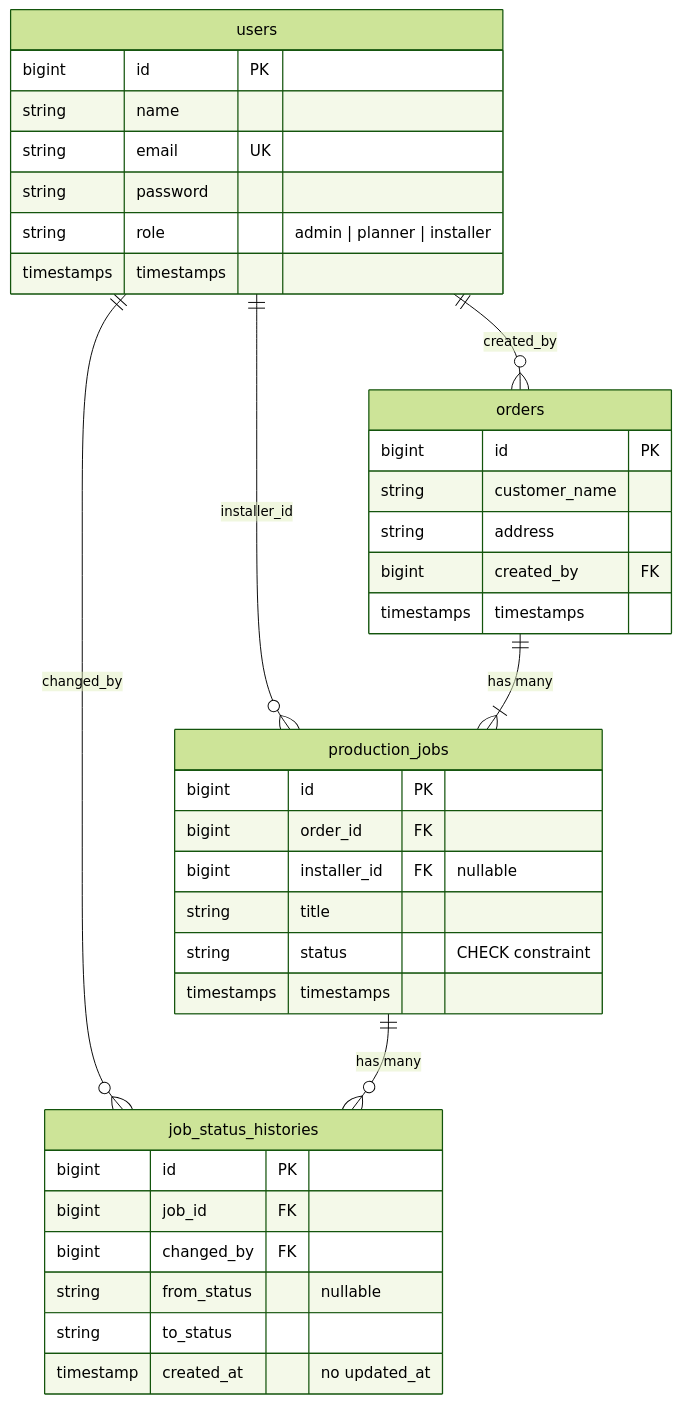
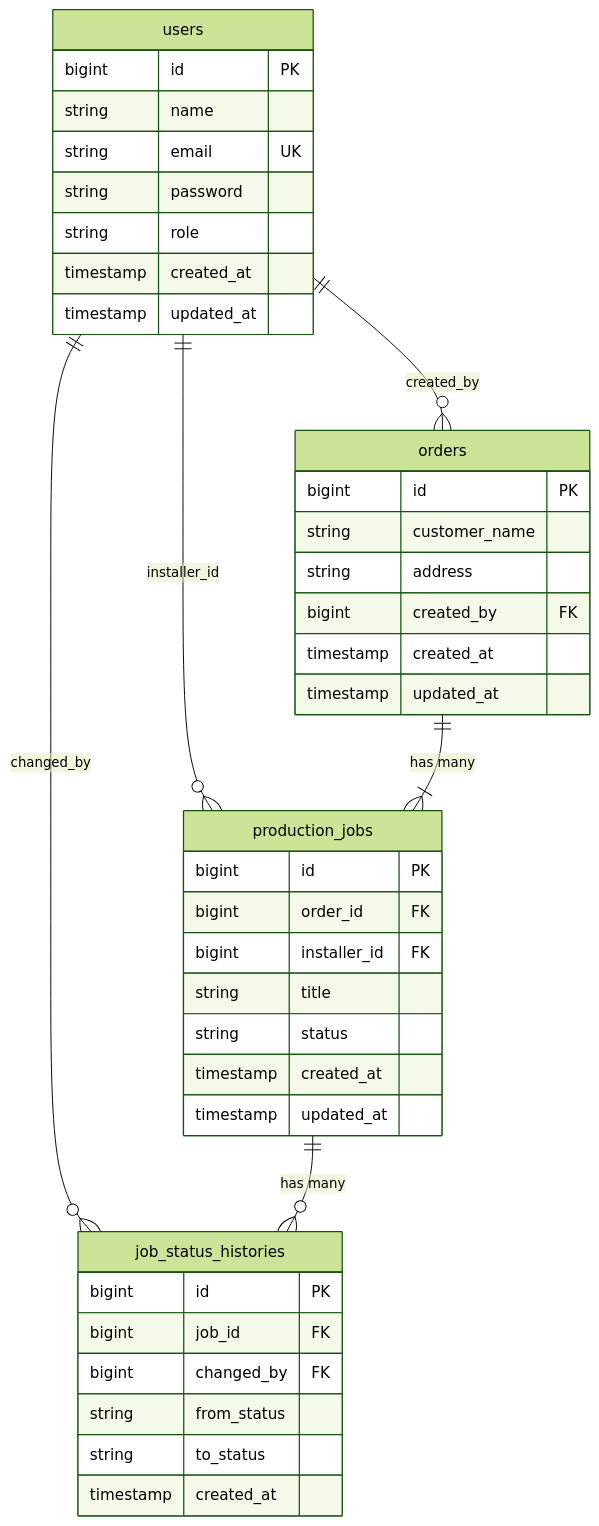
One commit to ahmadjamshidi19/cabinet-production-tracker changed the diagram in docs/design.md. Above: the diagram before and after it, drawn with Mermaid (forest theme).

Commit message:
docs(design): fix mermaid ER diagram syntax

````diff
--- a/docs/design.md
+++ b/docs/design.md
@@ -91,43 +91,46 @@
 ```mermaid
 erDiagram
     users ||--o{ orders : "created_by"
     users ||--o{ production_jobs : "installer_id"
     users ||--o{ job_status_histories : "changed_by"
     orders ||--|{ production_jobs : "has many"
     production_jobs ||--o{ job_status_histories : "has many"
 
     users {
         bigint id PK
         string name
         string email UK
         string password
-        string role "admin | planner | installer"
-        timestamps timestamps
+        string role
+        timestamp created_at
+        timestamp updated_at
     }
 
     orders {
         bigint id PK
         string customer_name
         string address
         bigint created_by FK
-        timestamps timestamps
+        timestamp created_at
+        timestamp updated_at
     }
 
     production_jobs {
         bigint id PK
         bigint order_id FK
-        bigint installer_id FK "nullable"
+        bigint installer_id FK
         string title
-        string status "CHECK constraint"
-        timestamps timestamps
+        string status
+        timestamp created_at
+        timestamp updated_at
     }
 
     job_status_histories {
         bigint id PK
         bigint job_id FK
         bigint changed_by FK
-        string from_status "nullable"
+        string from_status
         string to_status
-        timestamp created_at "no updated_at"
+        timestamp created_at
     }
 ```
````
